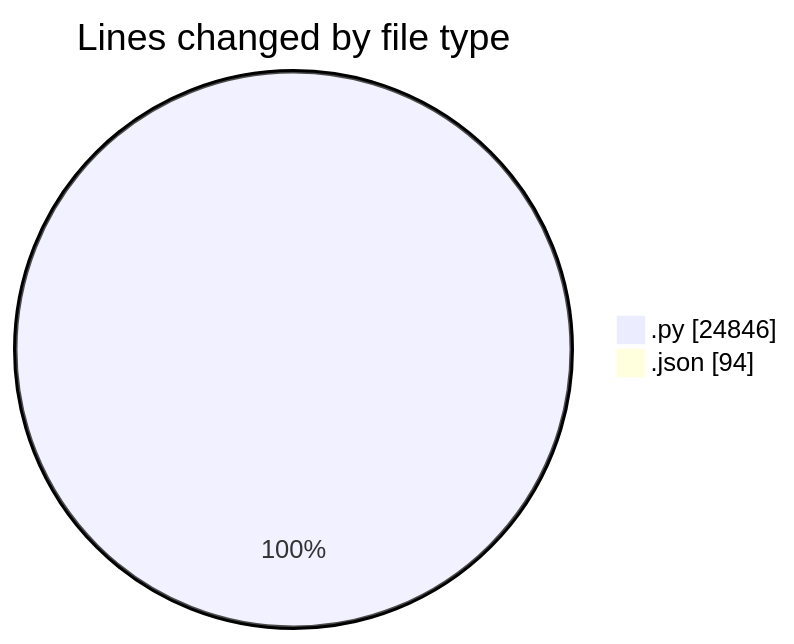
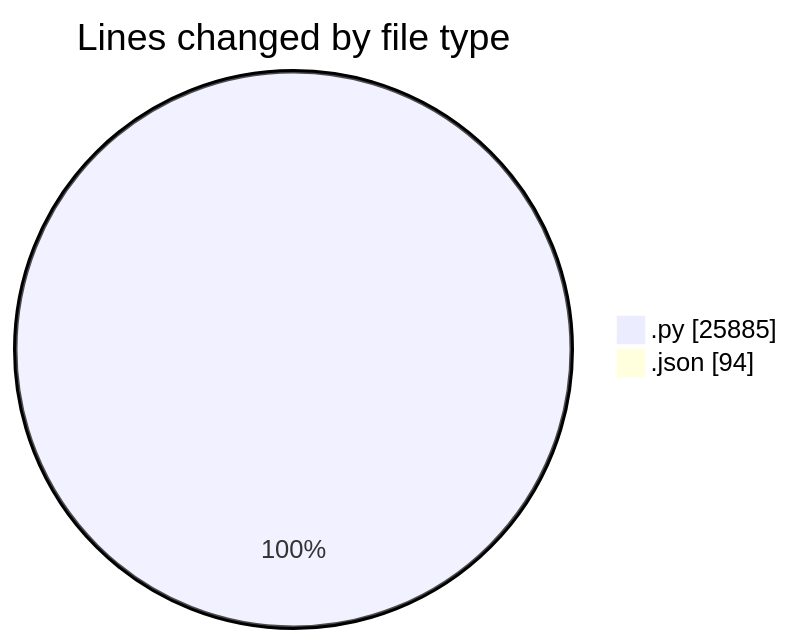
The first of 2 diagrams in 2025-07-14/telebot/README.md (jrari/code-tracking), drawn with Mermaid before and after one commit. The commit also changed other lines of this file and 1 other file, not shown here.

````diff
--- a/2025-07-14/telebot/README.md
+++ b/2025-07-14/telebot/README.md
@@ -49,6 +50,6 @@
 ```mermaid
 pie showData
 title Lines changed by file type
-".py" : 24846
+".py" : 25885
 ".json" : 94
 ```
````
